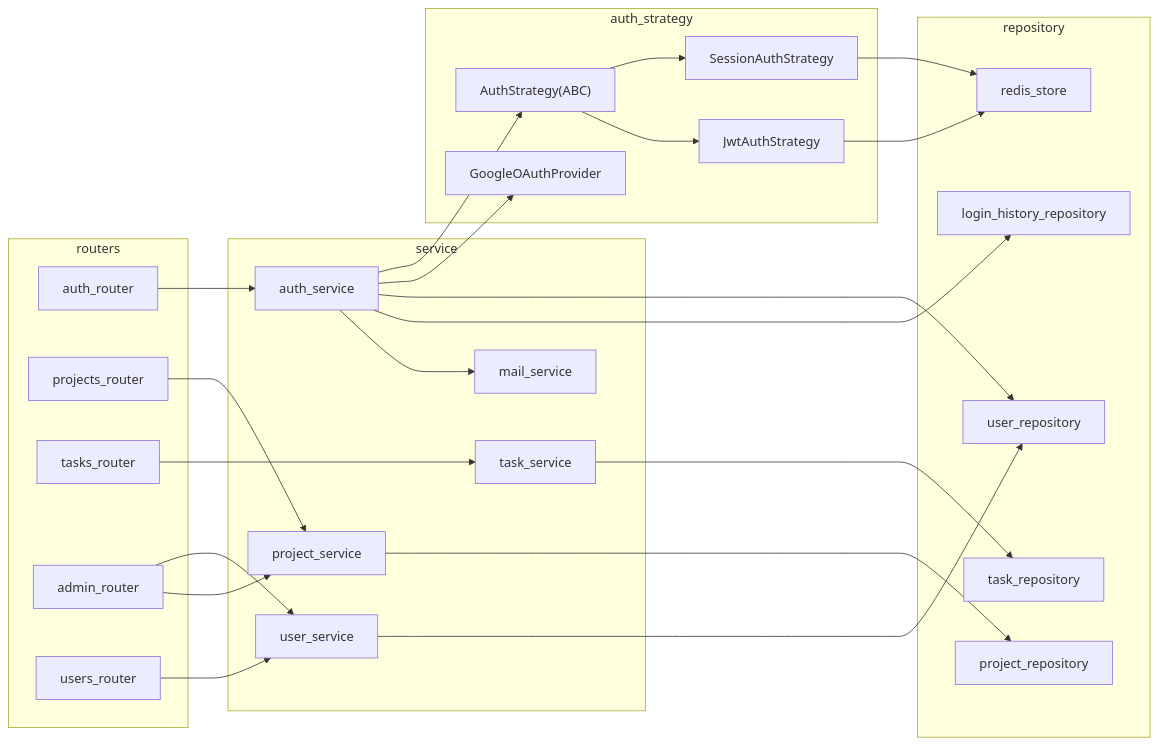
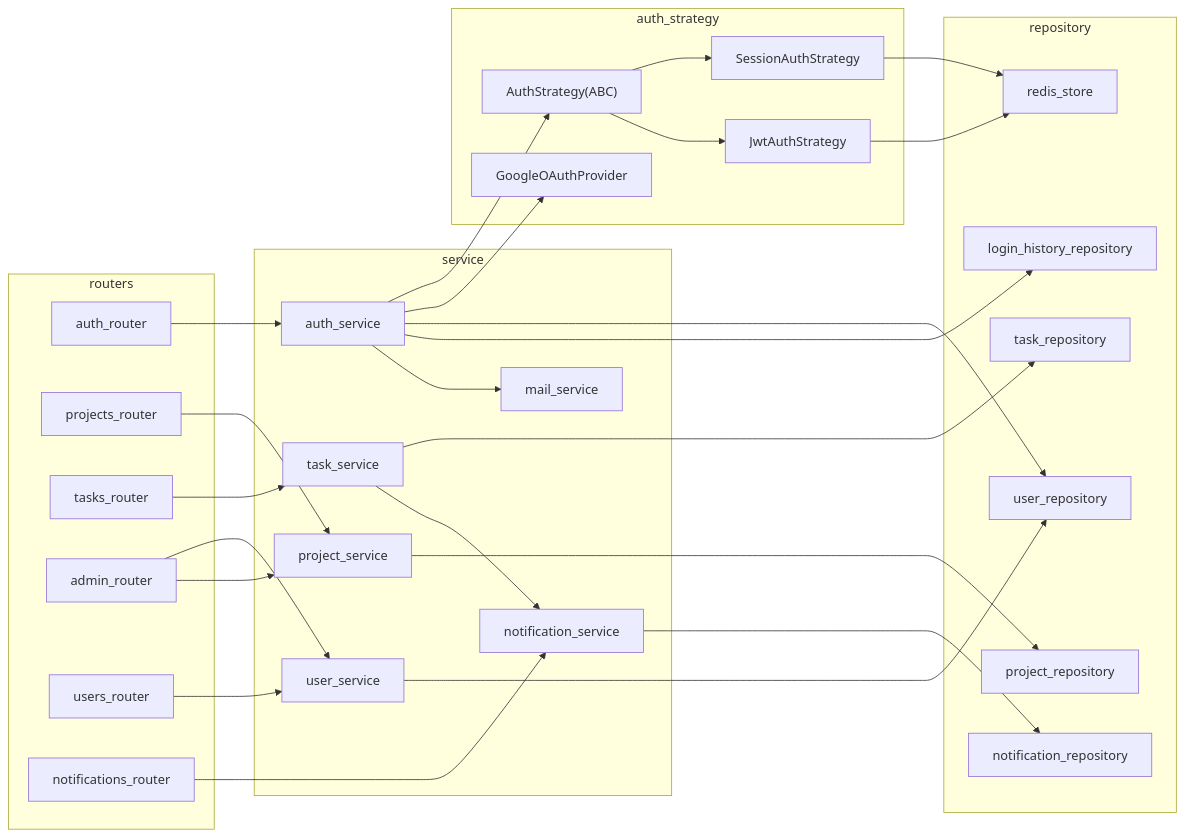
The sixth of 7 diagrams in basic_design/00_overview.md (oikawa-d/task_management), drawn with Mermaid before and after one commit. The commit also changed other lines of this file and 6 other files, not shown here.

````diff
--- a/basic_design/00_overview.md
+++ b/basic_design/00_overview.md
@@ -205,53 +219,59 @@
 ```mermaid
 flowchart LR
     subgraph routers
         AR["auth_router"]
         PR["projects_router"]
         TR["tasks_router"]
         ADR["admin_router"]
         UR["users_router"]
+        NR["notifications_router"]
     end
 
     subgraph service
         AS["auth_service"]
         PS["project_service"]
         TS["task_service"]
         US["user_service"]
         MS["mail_service"]
+        NS["notification_service"]
     end
 
     subgraph auth_strategy
         BASE["AuthStrategy(ABC)"]
         SESS["SessionAuthStrategy"]
         JWTS["JwtAuthStrategy"]
         OA["GoogleOAuthProvider"]
     end
 
     subgraph repository
         URP["user_repository"]
         PRP["project_repository"]
         TRP["task_repository"]
         LRP["login_history_repository"]
+        NRP["notification_repository"]
         RS["redis_store"]
     end
 
     AR --> AS
     PR --> PS
     TR --> TS
     UR --> US
+    NR --> NS
     ADR --> US
     ADR --> PS
 
     AS --> BASE
     AS --> OA
     AS --> URP
     AS --> LRP
     AS --> MS
     BASE --> SESS
     BASE --> JWTS
     SESS --> RS
     JWTS --> RS
     PS --> PRP
     TS --> TRP
+    TS --> NS
+    NS --> NRP
     US --> URP
 ```
````
